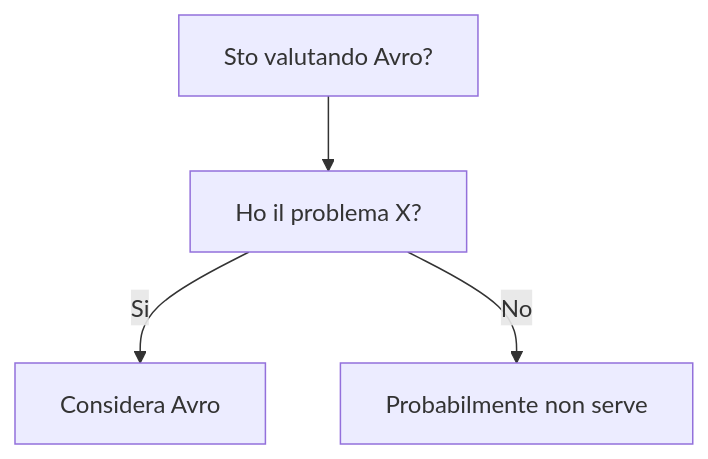
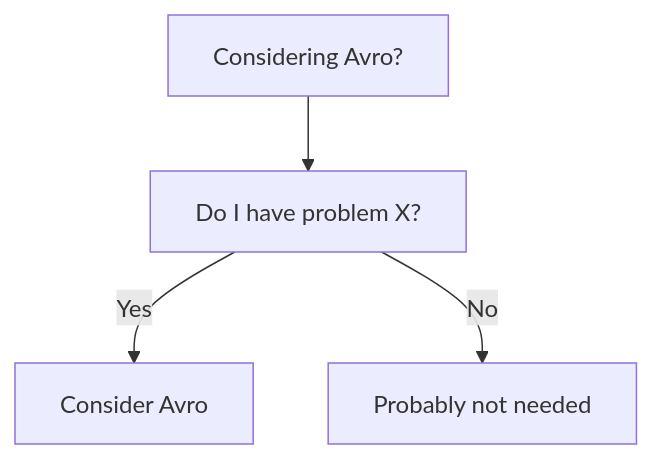
One commit to HxT9/Software-Dev-Wiki changed the diagram in dev-wiki/13_Integration/Serialization/Avro/When_To_Use.md. Above: the diagram before and after it, drawn with Mermaid. The commit also changed other lines of this file and 3444 other files, not shown here.

````diff
--- a/dev-wiki/13_Integration/Serialization/Avro/When_To_Use.md
+++ b/dev-wiki/13_Integration/Serialization/Avro/When_To_Use.md
@@ -19,6 +19,6 @@
 ```mermaid
 flowchart TD
-  Q[Sto valutando Avro?] --> Q1[Ho il problema X?]
-  Q1 -->|Si| OK[Considera Avro]
-  Q1 -->|No| NO[Probabilmente non serve]
+  Q[Considering Avro?] --> Q1[Do I have problem X?]
+  Q1 -->|Yes| OK[Consider Avro]
+  Q1 -->|No| NO[Probably not needed]
 ```
````
